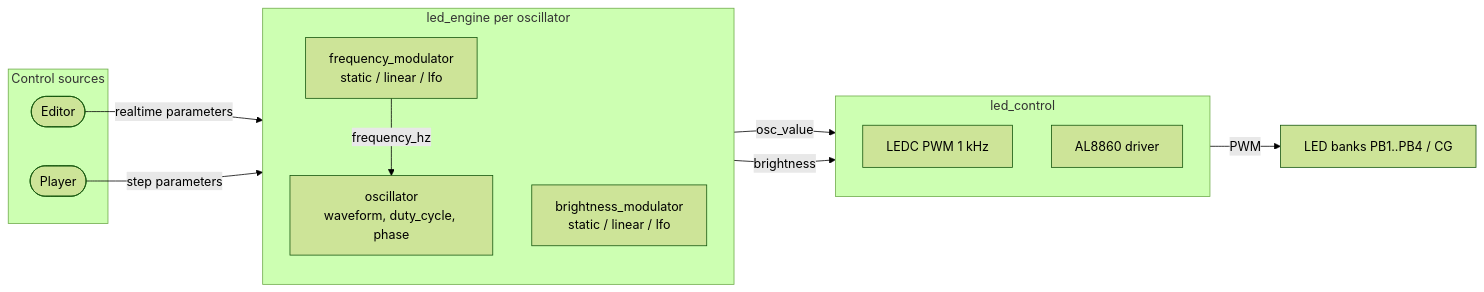
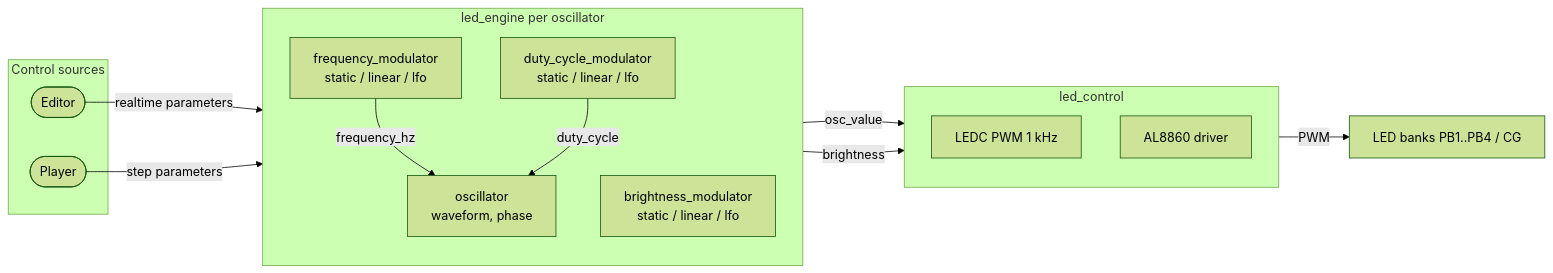
Before and after one commit to DrCoolzic/MorpheusHypnoLight: the diagram in doc/MHLSpecification.md, drawn with Mermaid (forest theme). The commit also changed other lines of this file and 7 other files, not shown here.

Commit message:
duty cycle is now dynamic

````diff
--- a/doc/MHLSpecification.md
+++ b/doc/MHLSpecification.md
@@ -334,29 +334,31 @@
 ```mermaid
 flowchart LR
     subgraph Control sources
         ED([Editor])
         PL([Player])
     end
 
     ED -->|realtime parameters| CTRL
     PL -->|step parameters| CTRL
 
     subgraph CTRL[led_engine per oscillator]
         direction TB
         FM[frequency_modulator<br/>static / linear / lfo]
         BM[brightness_modulator<br/>static / linear / lfo]
-        OSC[oscillator<br/>waveform, duty_cycle, phase]
+        DM[duty_cycle_modulator<br/>static / linear / lfo]
+        OSC[oscillator<br/>waveform, phase]
     end
 
     FM -- frequency_hz --> OSC
+    DM -- duty_cycle --> OSC
     OSC -- osc_value --> LED
     BM -- brightness --> LED
 
     subgraph LED[led_control]
         direction TB
         PWM[LEDC PWM 1 kHz]
         DRV[AL8860 driver]
     end
 
     LED -->|PWM| LEDS[LED banks PB1..PB4 / CG]
 ```
````
